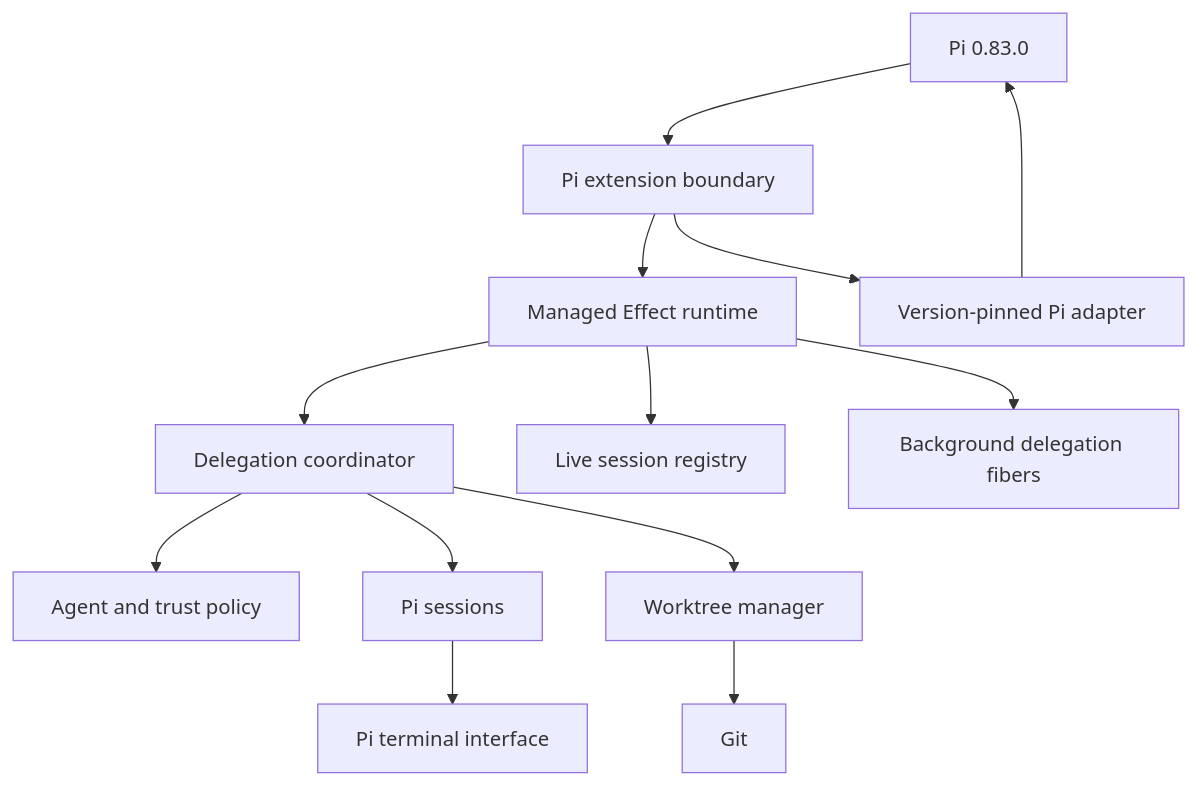
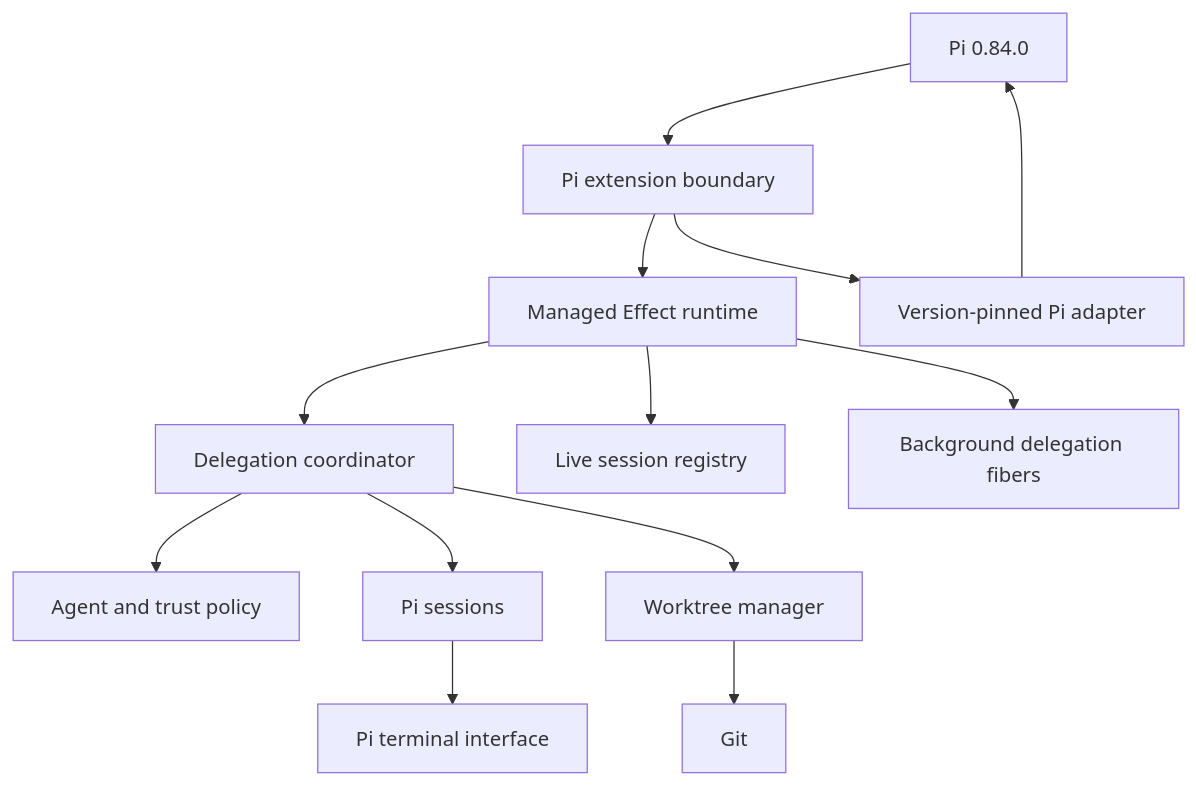
Before and after one commit to CodeByPeete/pi-gentic: the diagram in README.md, drawn with Mermaid. The commit also changed other lines of this file and 9 other files, not shown here.

````diff
--- a/README.md
+++ b/README.md
@@ -446,15 +446,15 @@
 ```mermaid
 flowchart TD
-    Pi[Pi 0.83.0] --> Boundary[Pi extension boundary]
+    Pi[Pi 0.84.0] --> Boundary[Pi extension boundary]
     Boundary --> Runtime[Managed Effect runtime]
     Runtime --> Coordinator[Delegation coordinator]
     Runtime --> Registry[Live session registry]
     Runtime --> Fibers[Background delegation fibers]
     Coordinator --> Policy[Agent and trust policy]
     Coordinator --> Sessions[Pi sessions]
     Coordinator --> Worktrees[Worktree manager]
     Worktrees --> Git[Git]
     Sessions --> UI[Pi terminal interface]
     Boundary --> Adapter[Version-pinned Pi adapter]
     Adapter --> Pi
 ```
````
